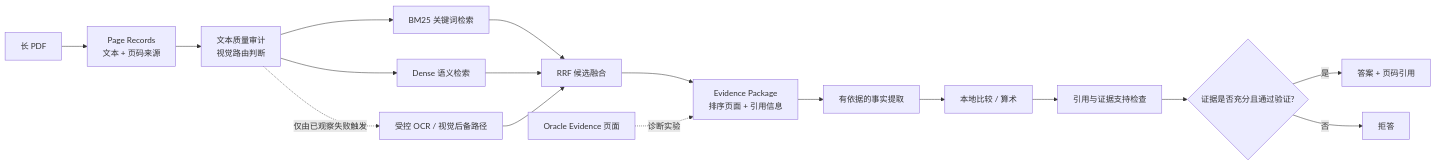
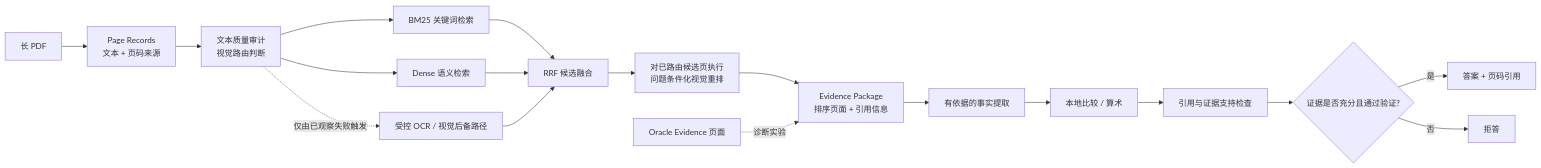
The diagram in README.zh-CN.md (XinXie70/evidence-grounded-document-intelligence), drawn with Mermaid before and after one commit. The commit also changed other lines of this file and 109 other files, not shown here.

````diff
--- a/README.zh-CN.md
+++ b/README.zh-CN.md
@@ -41,19 +46,20 @@
 ```mermaid
 flowchart LR
     A[长 PDF] --> B[Page Records<br/>文本 + 页码来源]
     B --> C[文本质量审计<br/>视觉路由判断]
     C --> D[BM25 关键词检索]
     C --> E[Dense 语义检索]
     D --> F[RRF 候选融合]
     E --> F
     C -. 仅由已观察失败触发 .-> G[受控 OCR / 视觉后备路径]
     G --> F
-    F --> H[Evidence Package<br/>排序页面 + 引用信息]
+    F --> P[对已路由候选页执行<br/>问题条件化视觉重排]
+    P --> H[Evidence Package<br/>排序页面 + 引用信息]
     H --> I[有依据的事实提取]
     I --> J[本地比较 / 算术]
     J --> K[引用与证据支持检查]
     K --> L{证据是否充分且通过验证?}
     L -->|是| M[答案 + 页码引用]
     L -->|否| N[拒答]
     O[Oracle Evidence 页面] -. 诊断实验 .-> H
 ```
````
